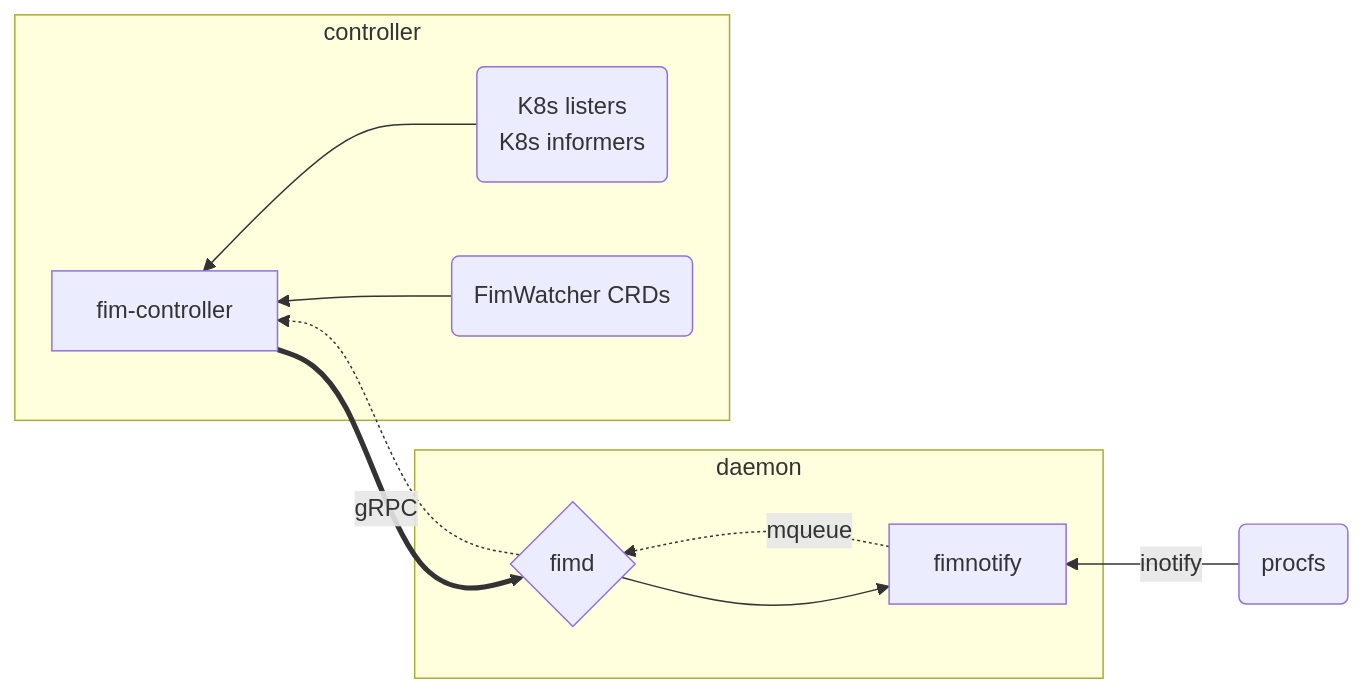
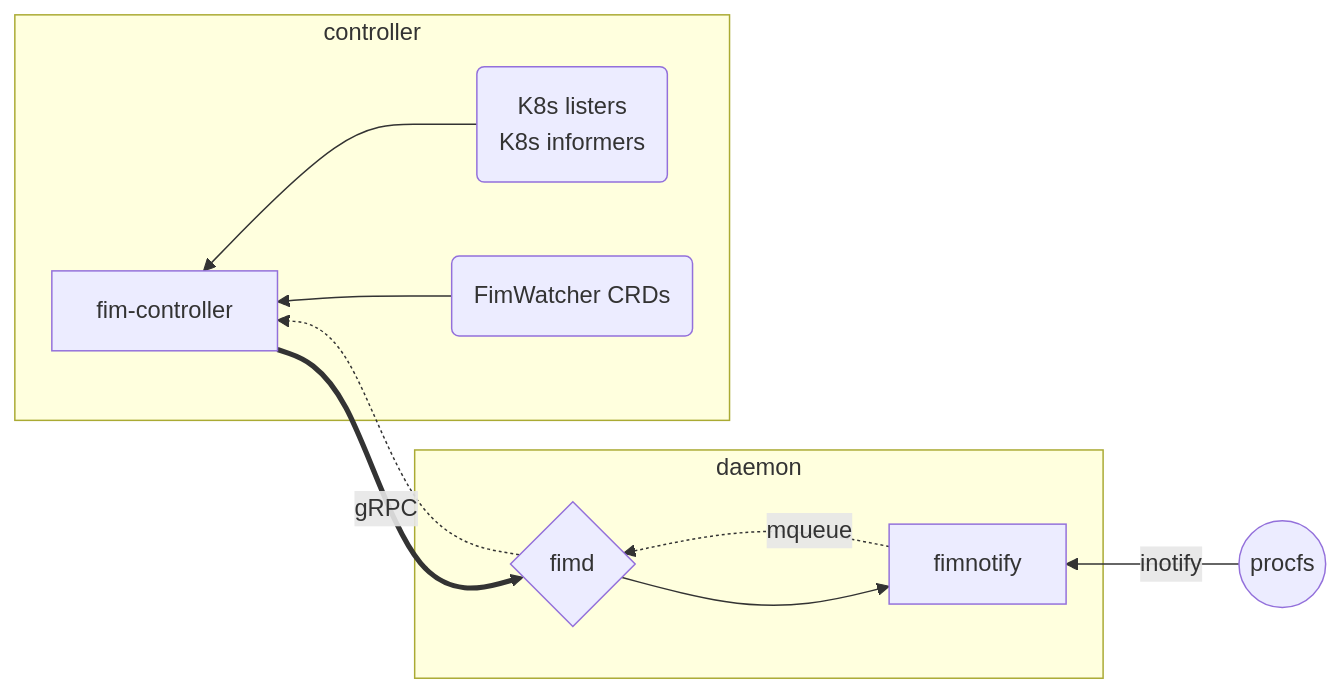
Before and after one commit to clustergarage/argus: the first of 2 diagrams in jekyll/_docs/overview.md, drawn with Mermaid. The commit also changed other lines of this file and 6 other files, not shown here.

Commit message:
add changelog,contact placeholders; update overview with diagrams

```diff
--- a/jekyll/_docs/overview.md
+++ b/jekyll/_docs/overview.md
@@ -28,14 +30,14 @@
 {% mermaid %}
 graph RL
-    A(procfs) -->|inotify| B[fimnotify]
+    A((procfs)) -->|inotify| B[fimnotify]
     subgraph daemon
     C{fimd} --> B
     B .->|mqueue| C
     end
     D[fim-controller] ==>|gRPC| C
     C .-> D
     subgraph controller
     E(K8s listers<br />K8s informers) --> D
     F(FimWatcher CRDs) --> D
     end
 {% endmermaid %}
```
